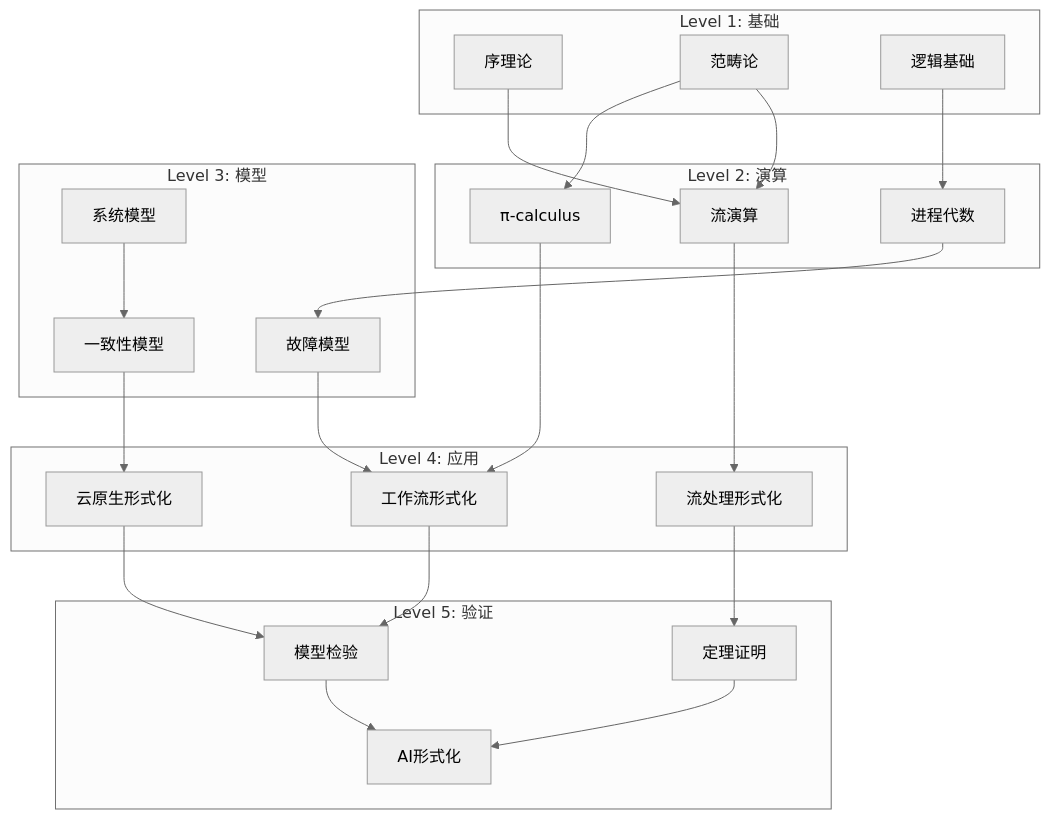
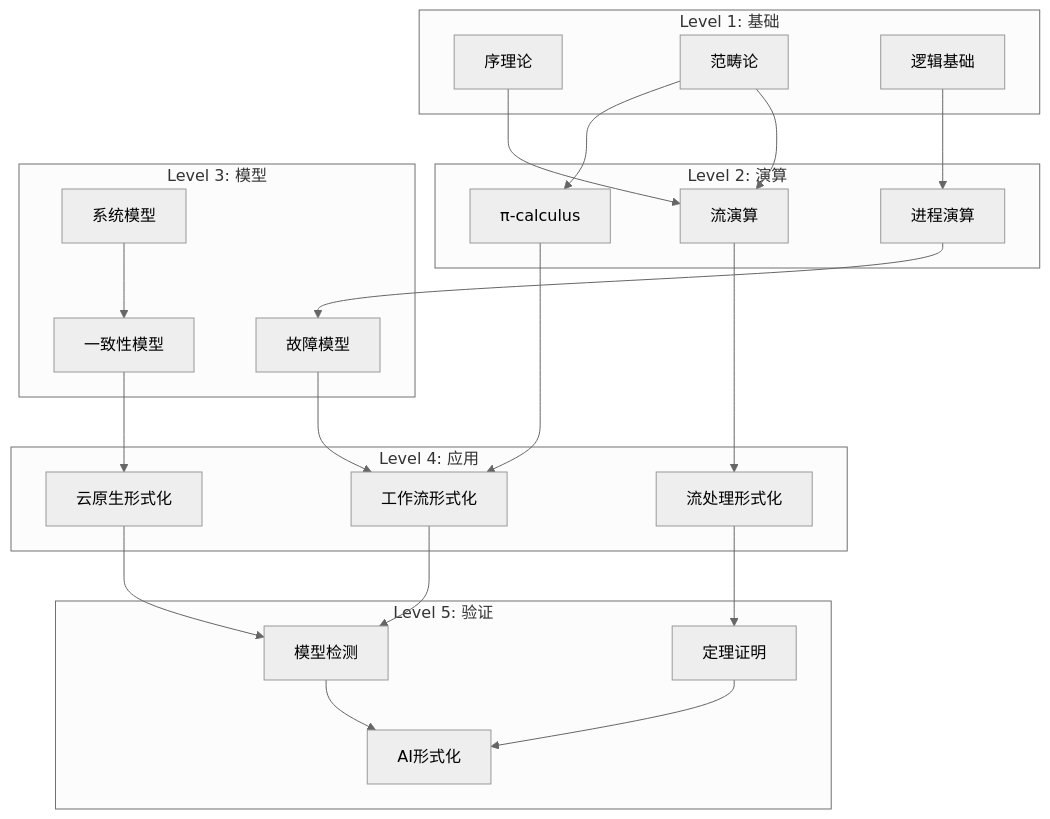
Before and after one commit to AdaMartin18010/AnalysisDataFlow: the fifth of 5 diagrams in formal-methods/DASHBOARD.md, drawn with Mermaid (neutral theme). The commit also changed other lines of this file and 129 other files, not shown here.

````diff
--- a/formal-methods/DASHBOARD.md
+++ b/formal-methods/DASHBOARD.md
@@ -644,52 +644,52 @@
 ```mermaid
 flowchart TD
     subgraph "Level 1: 基础"
         L1A[序理论]
         L1B[范畴论]
         L1C[逻辑基础]
     end
 
     subgraph "Level 2: 演算"
         L2A[π-calculus]
         L2B[流演算]
-        L2C[进程代数]
+        L2C[进程演算]
     end
 
     subgraph "Level 3: 模型"
         L3A[系统模型]
         L3B[一致性模型]
         L3C[故障模型]
     end
 
     subgraph "Level 4: 应用"
         L4A[工作流形式化]
         L4B[流处理形式化]
         L4C[云原生形式化]
     end
 
     subgraph "Level 5: 验证"
-        L5A[模型检验]
+        L5A[模型检测]
         L5B[定理证明]
         L5C[AI形式化]
     end
 
     L1A --> L2B
     L1B --> L2A
     L1B --> L2B
     L1C --> L2C
 
     L2A --> L4A
     L2B --> L4B
     L2C --> L3C
 
     L3A --> L3B
     L3B --> L4C
     L3C --> L4A
 
     L4A --> L5A
     L4B --> L5B
     L4C --> L5A
 
     L5A --> L5C
     L5B --> L5C
 ```
````
